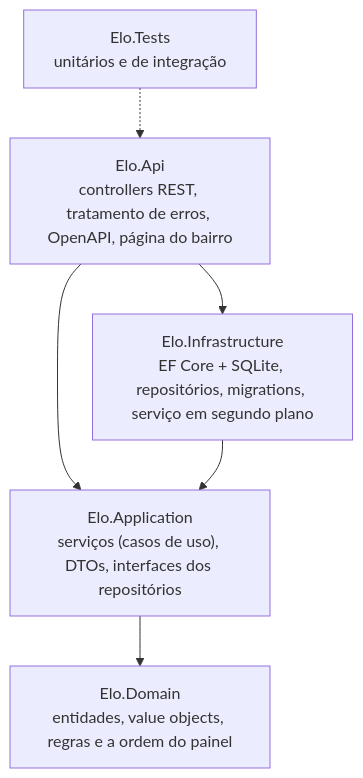
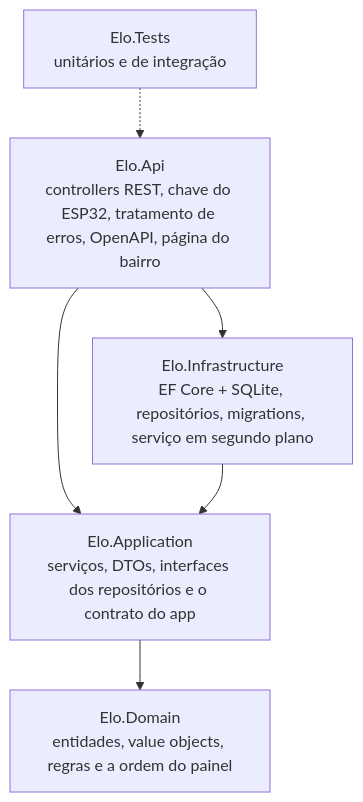
The second of 3 diagrams in README.md (Elo-Fiap/elo-api-csharp), drawn with Mermaid before and after one commit. The commit also changed other lines of this file and 46 other files, not shown here.

First line of the commit message:
Adapta a API ao contrato do app (elo-app) e à régua (ESP32)

````diff
--- a/README.md
+++ b/README.md
@@ -152,13 +189,13 @@
 ```mermaid
 flowchart TB
-    API["Elo.Api<br/>controllers REST, tratamento de erros, OpenAPI, página do bairro"]
-    APP["Elo.Application<br/>serviços (casos de uso), DTOs, interfaces dos repositórios"]
+    API["Elo.Api<br/>controllers REST, chave do ESP32, tratamento de erros, OpenAPI, página do bairro"]
+    APP["Elo.Application<br/>serviços, DTOs, interfaces dos repositórios e o contrato do app"]
     INFRA["Elo.Infrastructure<br/>EF Core + SQLite, repositórios, migrations, serviço em segundo plano"]
     DOM["Elo.Domain<br/>entidades, value objects, regras e a ordem do painel"]
     TESTES["Elo.Tests<br/>unitários e de integração"]
     API --> APP
     API --> INFRA
     INFRA --> APP
     APP --> DOM
     TESTES -.-> API
 ```
````
